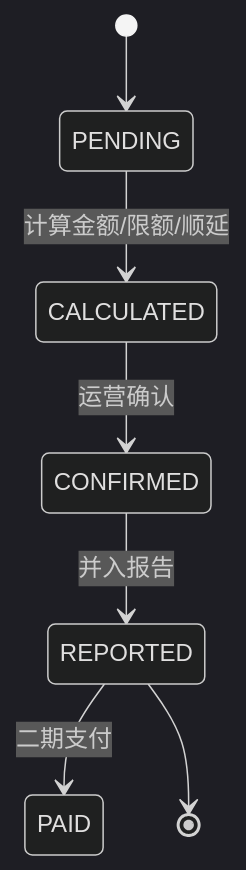
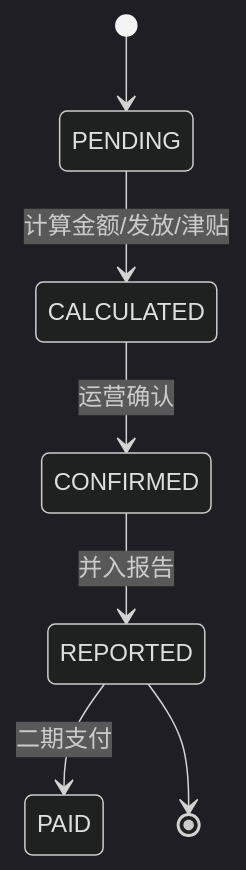
Before and after one commit to Echo-Note/FastapiAdmin: the sixth of 10 diagrams in docs/03-流程与状态流转.md, drawn with Mermaid (dark theme). The commit also changed other lines of this file and 2 other files, not shown here.

````diff
--- a/docs/03-流程与状态流转.md
+++ b/docs/03-流程与状态流转.md
@@ -125,9 +133,9 @@
 ```mermaid
 stateDiagram-v2
     [*] --> PENDING
-    PENDING --> CALCULATED: 计算金额/限额/顺延
+    PENDING --> CALCULATED: 计算金额/发放/津贴
     CALCULATED --> CONFIRMED: 运营确认
     CONFIRMED --> REPORTED: 并入报告
     REPORTED --> PAID: 二期支付
     REPORTED --> [*]
 ```
````
